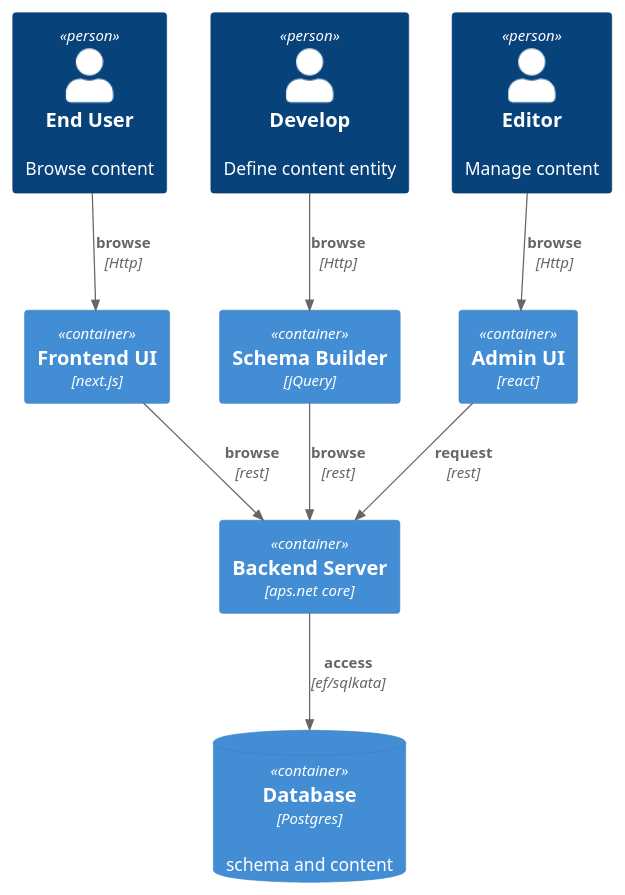
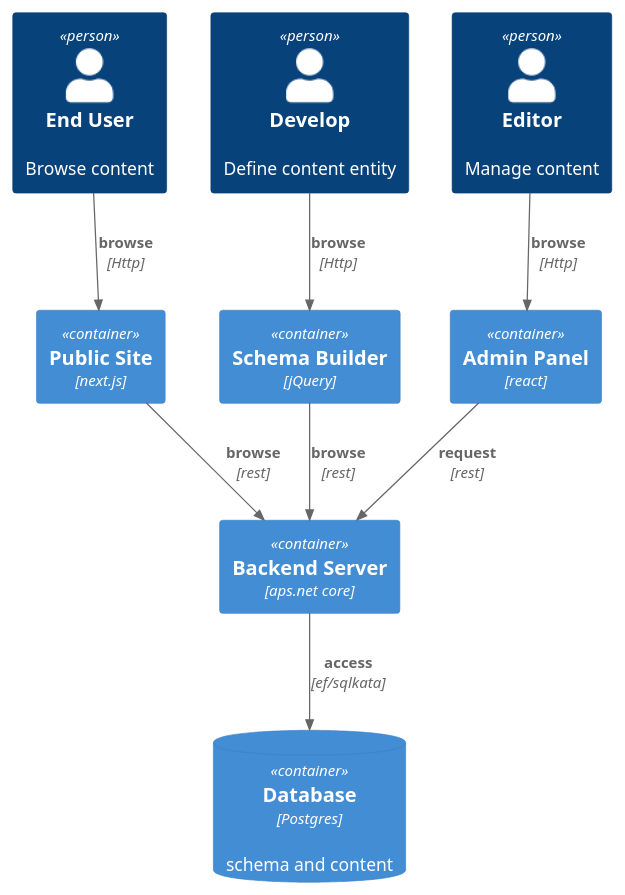
Before and after one commit to vpstarweb/formcms: the diagram in doc/overview.puml, drawn with PlantUML. The commit also changed 28 other files, not shown here.

```diff
--- a/doc/overview.puml
+++ b/doc/overview.puml
@@ -1,25 +1,25 @@
 @startuml C4_Elements
 !include https://raw.githubusercontent.com/plantuml-stdlib/C4-PlantUML/master/C4_Container.puml
 
 Person(end_user, "End User", "Browse content")
 Person(editor, "Editor", "Manage content")
 Person(developer, "Develop", "Define content entity")
 
 Container(schema_builder, "Schema Builder", "jQuery")
-Container(admin_ui, "Admin UI", "react")
-Container(front_ui, "Frontend UI", "next.js")
+Container(admin_panel, "Admin Panel", "react")
+Container(public_site, "Public Site", "next.js")
 Container(backend_server, "Backend Server", "aps.net core")
 
 ContainerDb(db, "Database", "Postgres", "schema and content")
 
 
-Rel(end_user, front_ui, "browse", "Http")
+Rel(end_user, public_site, "browse", "Http")
 Rel(developer, schema_builder, "browse", "Http")
-Rel(editor, admin_ui, "browse", "Http")
+Rel(editor, admin_panel, "browse", "Http")
 
-Rel(admin_ui, backend_server, "request", "rest")
-Rel(front_ui, backend_server, "browse", "rest")
+Rel(admin_panel, backend_server, "request", "rest")
+Rel(public_site, backend_server, "browse", "rest")
 Rel(schema_builder, backend_server, "browse", "rest")
 
 Rel(backend_server, db, "access", "ef/sqlkata")
 @enduml
```
